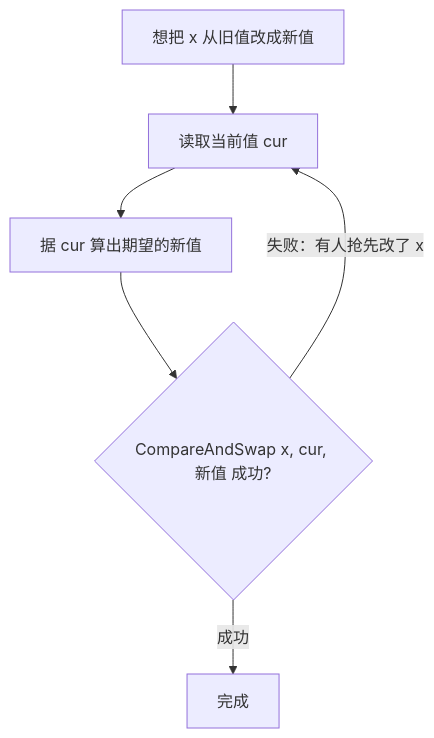
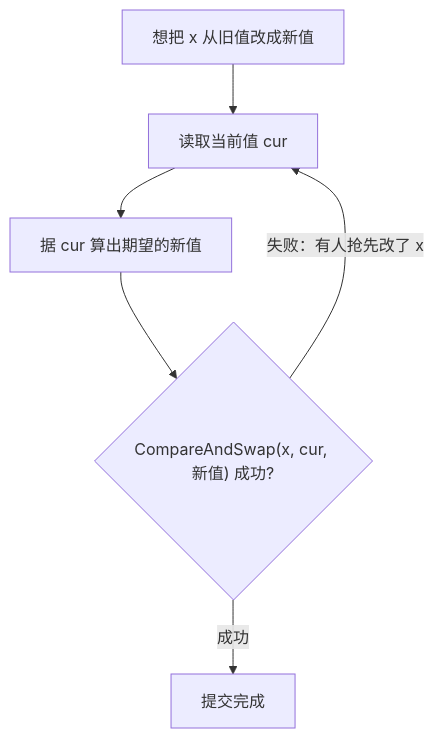
The first of 4 diagrams in book/zh-cn/part3concurrency/ch11sync/atomic.md (golang-design/under-the-hood), drawn with Mermaid before and after one commit. The commit also changed other lines of this file and 7 other files, not shown here.

````diff
--- a/book/zh-cn/part3concurrency/ch11sync/atomic.md
+++ b/book/zh-cn/part3concurrency/ch11sync/atomic.md
@@ -29,8 +55,8 @@
 ```mermaid
 flowchart TD
-    S[想把 x 从旧值改成新值] --> L[读取当前值 cur]
-    L --> CMP[据 cur 算出期望的新值]
-    CMP --> CAS{CompareAndSwap x, cur, 新值 成功?}
-    CAS -->|成功| DONE[完成]
-    CAS -->|失败：有人抢先改了 x| L
+    S["想把 x 从旧值改成新值"] --> L["读取当前值 cur"]
+    L --> CMP["据 cur 算出期望的新值"]
+    CMP --> CAS{"CompareAndSwap(x, cur, 新值) 成功?"}
+    CAS -->|成功| DONE["提交完成"]
+    CAS -->|"失败：有人抢先改了 x"| L
 ```
````
